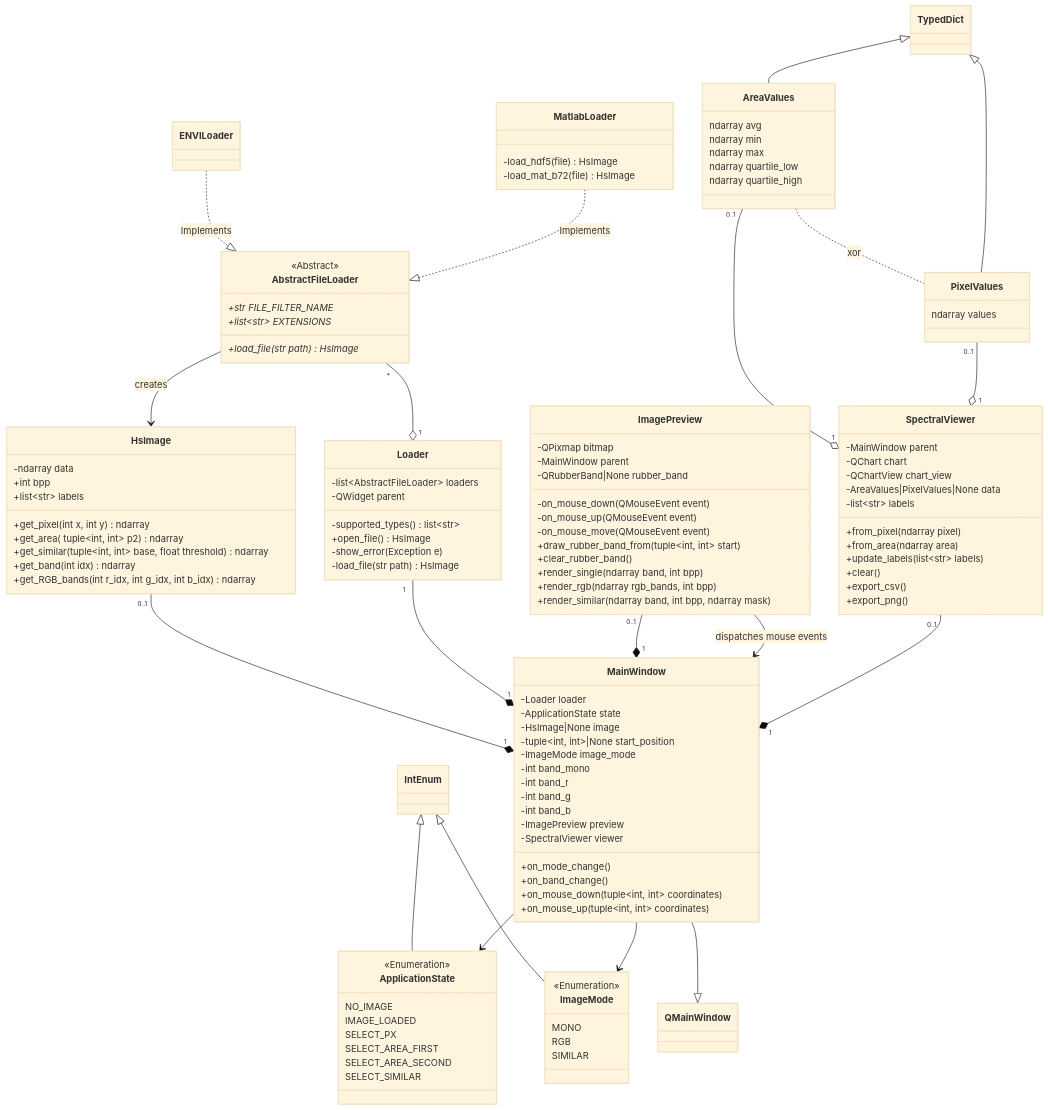
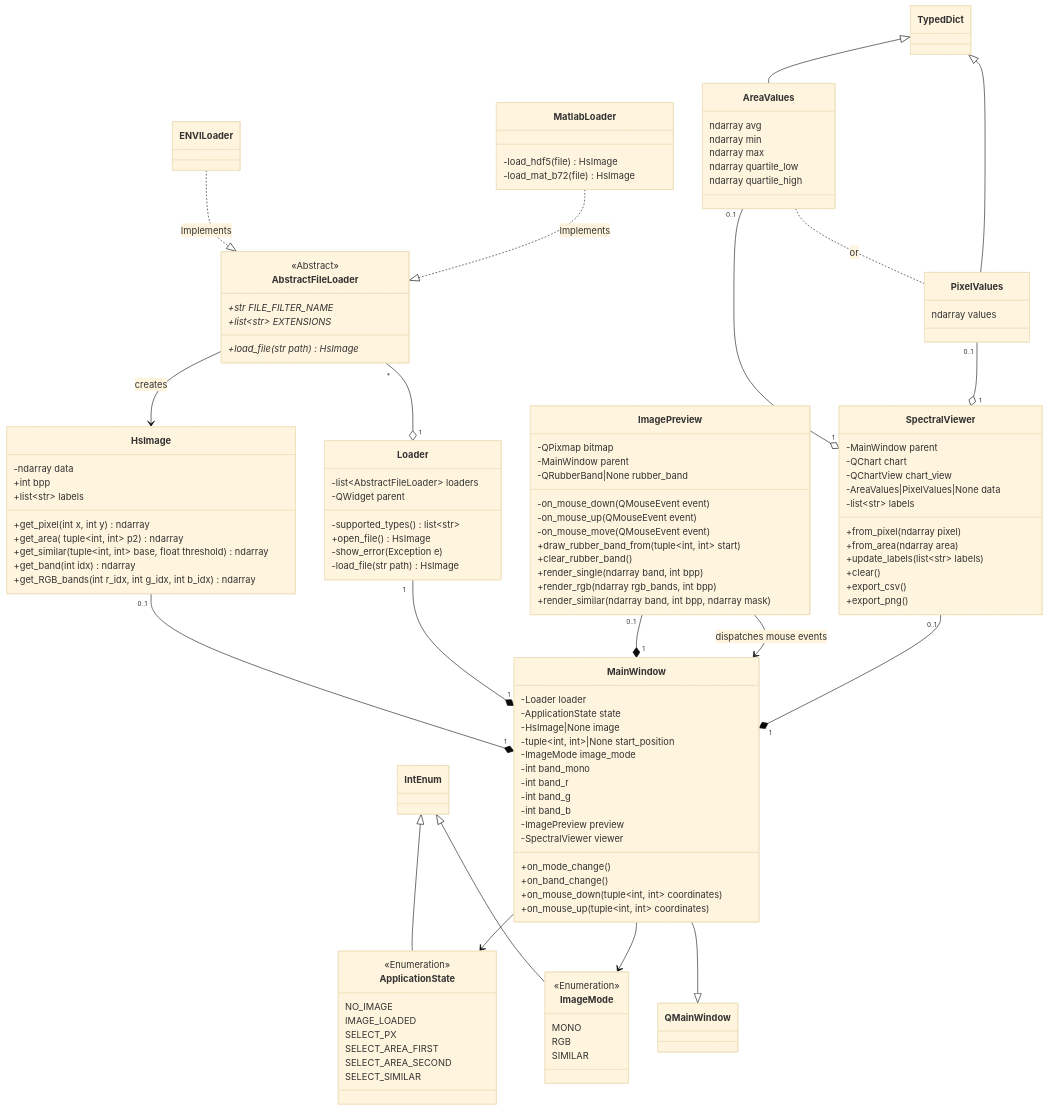
The first of 10 diagrams in software_design.md (POLSL-SA/docs), drawn with Mermaid (base theme) before and after one commit. The commit also changed other lines of this file and 2 other files, not shown here.

Commit message:
Add sequence diagrams

````diff
--- a/software_design.md
+++ b/software_design.md
@@ -55,4 +65,4 @@
-```{.mermaid format=pdf}
+```{.mermaid format=pdf width=1200}
 classDiagram
   class Loader {
     -list~AbstractFileLoader~ loaders
@@ -165,7 +175,7 @@
 
   AreaValues "0..1" --o "1" SpectralViewer
   PixelValues "0..1" --o "1" SpectralViewer
-  AreaValues .. PixelValues : xor
+  AreaValues .. PixelValues : or
 
   class AreaValues {
     ndarray avg
````
